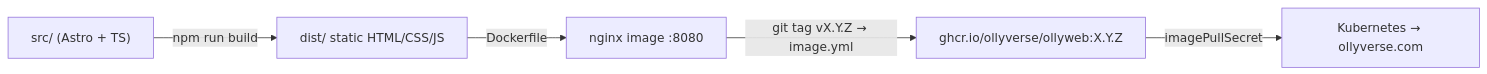
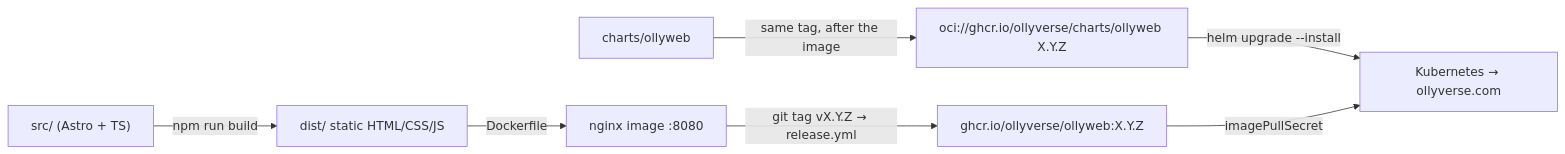
The first of 2 diagrams in docs/architecture.md (ollyverse/ollyweb), drawn with Mermaid before and after one commit. The commit also changed other lines of this file and 19 other files, not shown here.

First line of the commit message:
Add Helm chart, release it as OCI to ghcr.io with the image

````diff
--- a/docs/architecture.md
+++ b/docs/architecture.md
@@ -5,7 +5,9 @@
 ```mermaid
 flowchart LR
   src["src/ (Astro + TS)"] -->|npm run build| dist["dist/ static HTML/CSS/JS"]
   dist -->|Dockerfile| img["nginx image :8080"]
-  img -->|git tag vX.Y.Z → image.yml| ghcr["ghcr.io/ollyverse/ollyweb:X.Y.Z"]
-  ghcr -->|imagePullSecret| k8s["Kubernetes → ollyverse.com"]
+  img -->|"git tag vX.Y.Z → release.yml"| ghcr["ghcr.io/ollyverse/ollyweb:X.Y.Z"]
+  chart["charts/ollyweb"] -->|"same tag, after the image"| oci["oci://ghcr.io/ollyverse/charts/ollyweb X.Y.Z"]
+  oci -->|helm upgrade --install| k8s["Kubernetes → ollyverse.com"]
+  ghcr -->|imagePullSecret| k8s
 ```
````
